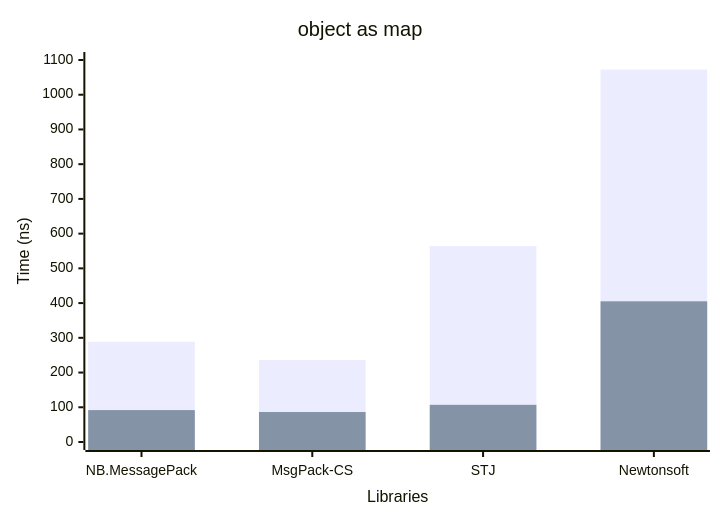
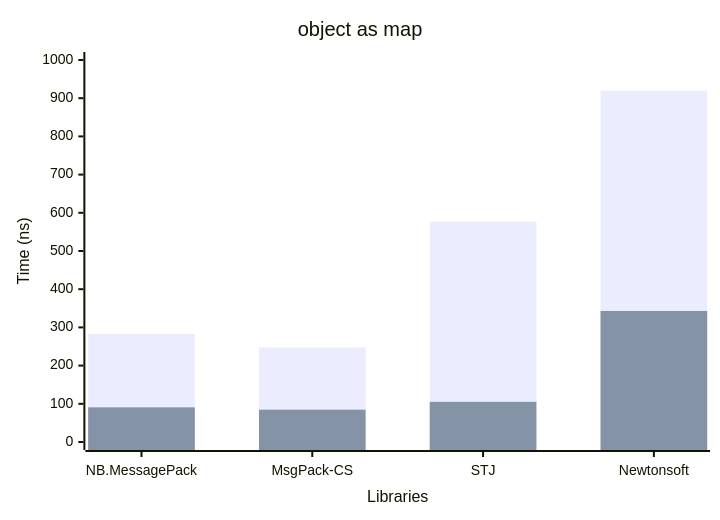
One commit to AArnott/Nerdbank.MessagePack changed the first of 4 diagrams in docfx/includes/perf.md. Above: the diagram before and after it, drawn with Mermaid. The commit also changed other lines of this file, not shown here.

Commit message:
Update perf metrics

````diff
--- a/docfx/includes/perf.md
+++ b/docfx/includes/perf.md
@@ -19,8 +19,8 @@
 ```mermaid
 xychart-beta
      x-axis "Libraries" ["NB.MessagePack", "MsgPack-CS", "STJ", "Newtonsoft"]
-     y-axis "Time (ns)" 0 --> 1100
+     y-axis "Time (ns)" 0 --> 1000
      title "object as map"
-     bar "Serialize+Deserialize" [288.68,235.88,564.09,1072.37]
-     bar "Serialize" [91.84,86.31,107.03,405.12]
+     bar "Serialize+Deserialize" [282.96,247.46,576.95,919.38]
+     bar "Serialize" [90.76,84.57,105.17,342.99]
  ```
````
